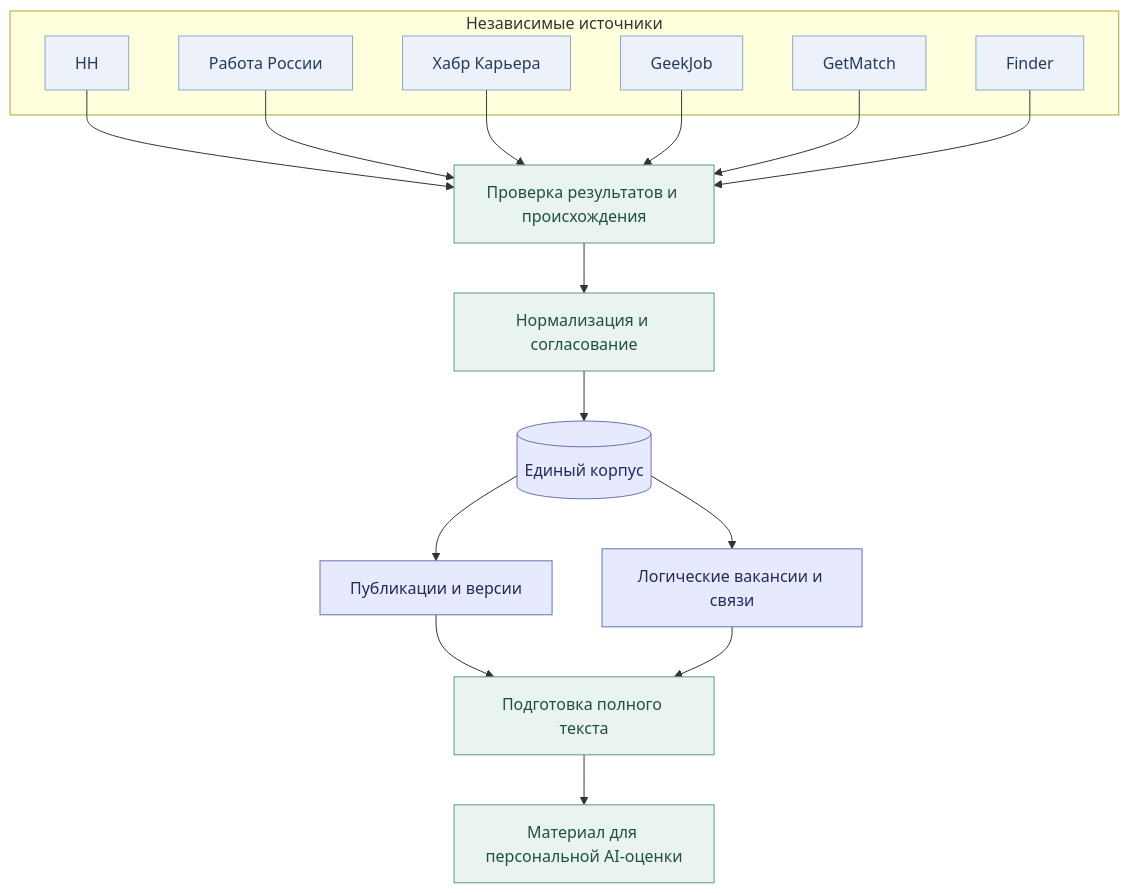
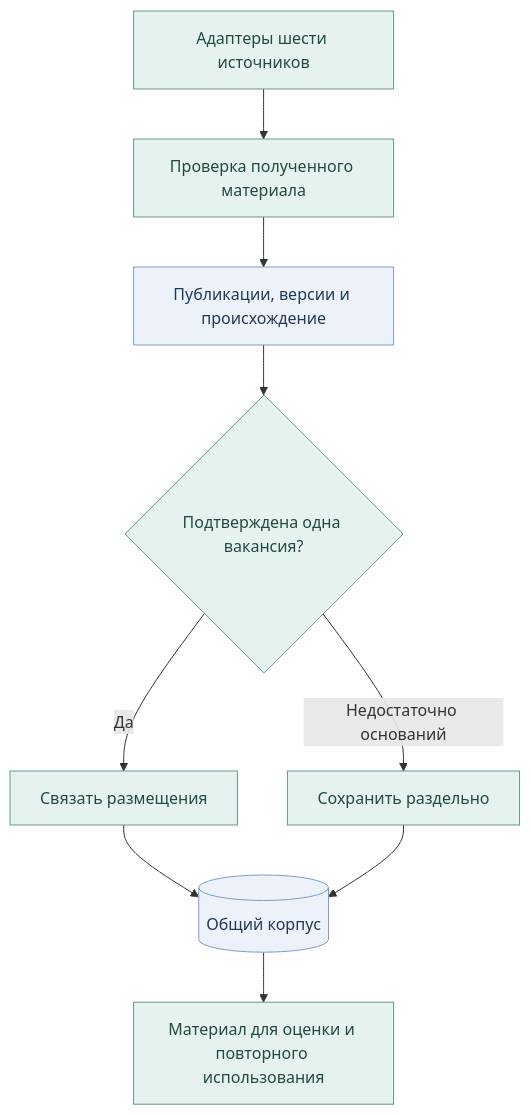
The second of 5 diagrams in PRESENTATION.md (Vkuvalin/vacancy_collector_public), drawn with Mermaid before and after one commit. The commit also changed other lines of this file and 2 other files, not shown here.

````diff
--- a/PRESENTATION.md
+++ b/PRESENTATION.md
@@ -64,30 +60,15 @@
 ```mermaid
 flowchart TB
-    subgraph S["Независимые источники"]
-        H["HH"]
-        T["Работа России"]
-        R["Хабр Карьера"]
-        J["GeekJob"]
-        M["GetMatch"]
-        F["Finder"]
-    end
-    H --> V["Проверка результатов и происхождения"]
-    T --> V
-    R --> V
-    J --> V
-    M --> V
-    F --> V
-    V --> N["Нормализация и согласование"]
-    N --> C[("Единый корпус")]
-    C --> P["Публикации и версии"]
-    C --> I["Логические вакансии и связи"]
-    P --> Q["Подготовка полного текста"]
-    I --> Q
-    Q --> A["Материал для персональной AI-оценки"]
-    classDef source fill:#edf2fa,stroke:#8ca9cd,color:#263b58;
-    classDef process fill:#e9f3ef,stroke:#5d9b85,color:#224f40;
-    classDef data fill:#e7eaff,stroke:#6574b2,color:#222b57;
-    class H,T,R,J,M,F source;
-    class V,N,Q,A process;
-    class C,P,I data;
+    S["Адаптеры шести источников"] --> V["Проверка полученного материала"]
+    V --> H["Публикации, версии и происхождение"]
+    H --> Q{"Подтверждена одна вакансия?"}
+    Q -->|"Да"| G["Связать размещения"]
+    Q -->|"Недостаточно оснований"| D["Сохранить раздельно"]
+    G --> C[("Общий корпус")]
+    D --> C
+    C --> M["Материал для оценки и повторного использования"]
+    classDef process fill:#e6f2ef,stroke:#639987,color:#214b3e
+    classDef data fill:#edf2fa,stroke:#7c9dc6,color:#203957
+    class S,V,Q,G,D,M process
+    class H,C data
 ```
````
